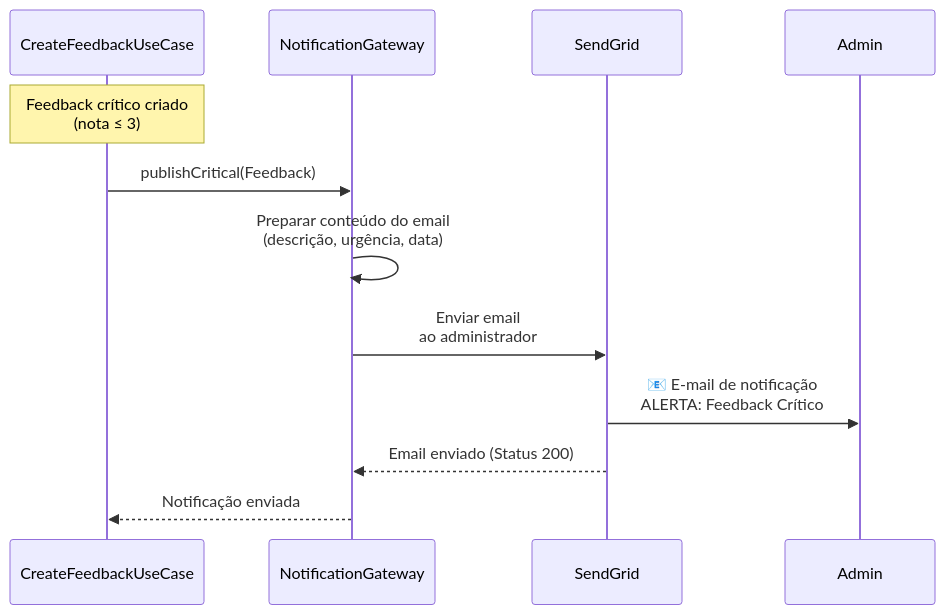
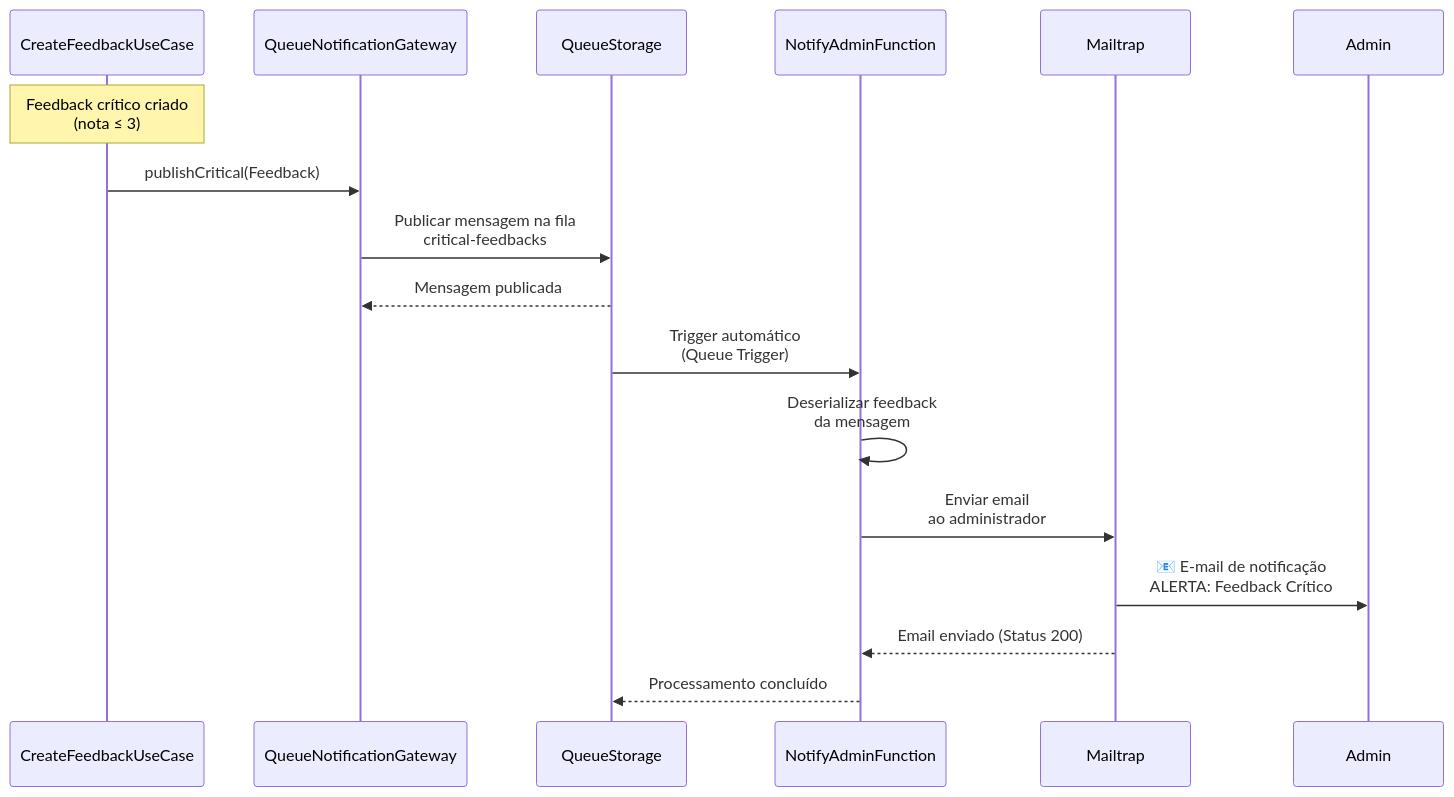
One commit to luizffdemoraes/feedback-sync changed the third of 9 diagrams in README.md. Above: the diagram before and after it, drawn with Mermaid. The commit also changed other lines of this file and 3 other files, not shown here.

````diff
--- a/README.md
+++ b/README.md
@@ -395,19 +400,26 @@
 ```mermaid
 sequenceDiagram
     participant CreateFeedbackUseCase
-    participant NotificationGateway
-    participant SendGrid
+    participant QueueNotificationGateway
+    participant QueueStorage
+    participant NotifyAdminFunction
+    participant Mailtrap
     participant Admin
 
     Note over CreateFeedbackUseCase: Feedback crítico criado<br/>(nota ≤ 3)
     
-    CreateFeedbackUseCase->>NotificationGateway: publishCritical(Feedback)
+    CreateFeedbackUseCase->>QueueNotificationGateway: publishCritical(Feedback)
     
-    NotificationGateway->>NotificationGateway: Preparar conteúdo do email<br/>(descrição, urgência, data)
+    QueueNotificationGateway->>QueueStorage: Publicar mensagem na fila<br/>critical-feedbacks
+    QueueStorage-->>QueueNotificationGateway: Mensagem publicada
     
-    NotificationGateway->>SendGrid: Enviar email<br/>ao administrador
-    SendGrid->>Admin: 📧 E-mail de notificação<br/>ALERTA: Feedback Crítico
+    QueueStorage->>NotifyAdminFunction: Trigger automático<br/>(Queue Trigger)
     
-    SendGrid-->>NotificationGateway: Email enviado (Status 200)
-    NotificationGateway-->>CreateFeedbackUseCase: Notificação enviada
+    NotifyAdminFunction->>NotifyAdminFunction: Deserializar feedback<br/>da mensagem
+    
+    NotifyAdminFunction->>Mailtrap: Enviar email<br/>ao administrador
+    Mailtrap->>Admin: 📧 E-mail de notificação<br/>ALERTA: Feedback Crítico
+    
+    Mailtrap-->>NotifyAdminFunction: Email enviado (Status 200)
+    NotifyAdminFunction-->>QueueStorage: Processamento concluído
 ```
````
